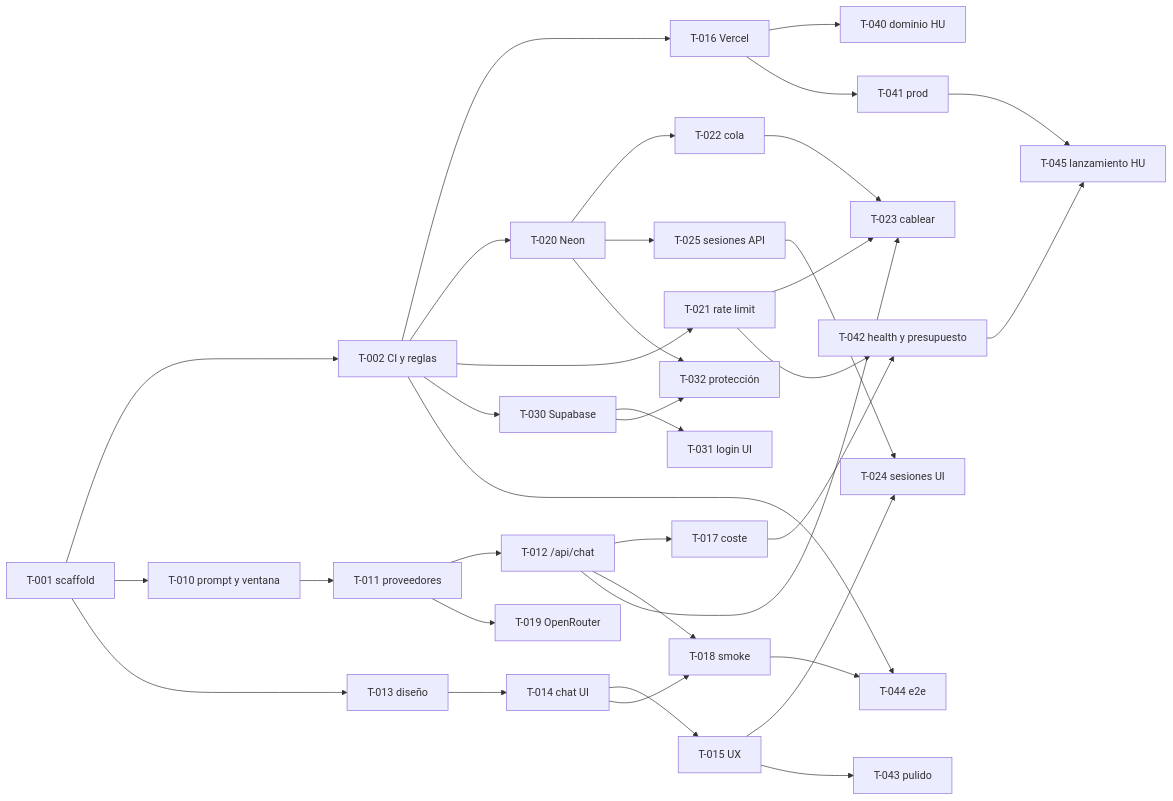
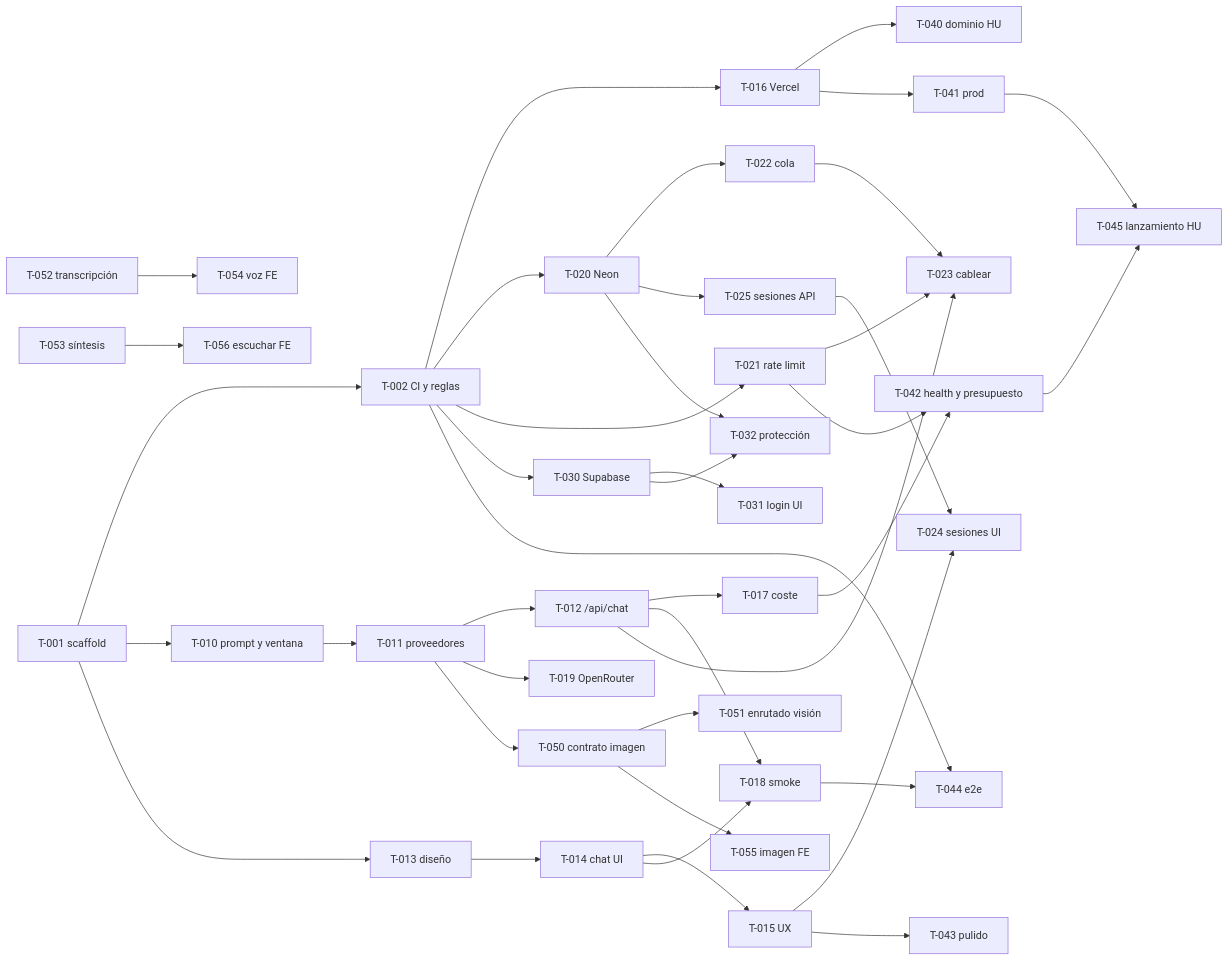
Before and after one commit to talacha/elingo: the diagram in roadmap.md, drawn with Mermaid. The commit also changed other lines of this file and 33 other files, not shown here.

First line of the commit message:
M6 (T-050..T-056): voz e imagen en el chat (#30)

````diff
--- a/roadmap.md
+++ b/roadmap.md
@@ -94,37 +110,42 @@
 ```mermaid
 graph LR
   T001[T-001 scaffold] --> T002[T-002 CI y reglas]
   T001 --> T010[T-010 prompt y ventana]
   T001 --> T013[T-013 diseño]
   T010 --> T011[T-011 proveedores]
   T011 --> T012[T-012 /api/chat]
   T011 --> T019[T-019 OpenRouter]
   T012 --> T017[T-017 coste]
   T013 --> T014[T-014 chat UI]
   T014 --> T015[T-015 UX]
   T012 --> T018[T-018 smoke]
   T014 --> T018
   T002 --> T016[T-016 Vercel]
   T002 --> T020[T-020 Neon]
   T002 --> T021[T-021 rate limit]
   T002 --> T030[T-030 Supabase]
   T020 --> T022[T-022 cola]
   T020 --> T025[T-025 sesiones API]
   T012 --> T023[T-023 cablear]
   T021 --> T023
   T022 --> T023
   T015 --> T024[T-024 sesiones UI]
   T025 --> T024
   T030 --> T031[T-031 login UI]
   T030 --> T032[T-032 protección]
   T020 --> T032
   T016 --> T040[T-040 dominio HU]
   T016 --> T041[T-041 prod]
   T017 --> T042[T-042 health y presupuesto]
   T021 --> T042
   T015 --> T043[T-043 pulido]
   T018 --> T044[T-044 e2e]
   T002 --> T044
   T041 --> T045[T-045 lanzamiento HU]
   T042 --> T045
+  T011 --> T050[T-050 contrato imagen]
+  T050 --> T051[T-051 enrutado visión]
+  T050 --> T055[T-055 imagen FE]
+  T052[T-052 transcripción] --> T054[T-054 voz FE]
+  T053[T-053 síntesis] --> T056[T-056 escuchar FE]
 ```
````
